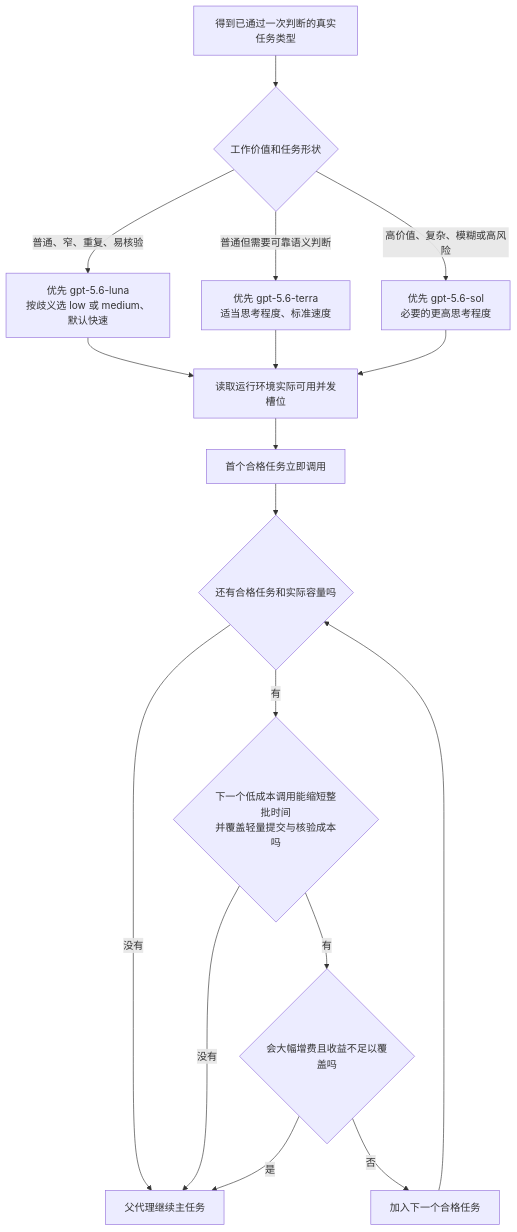
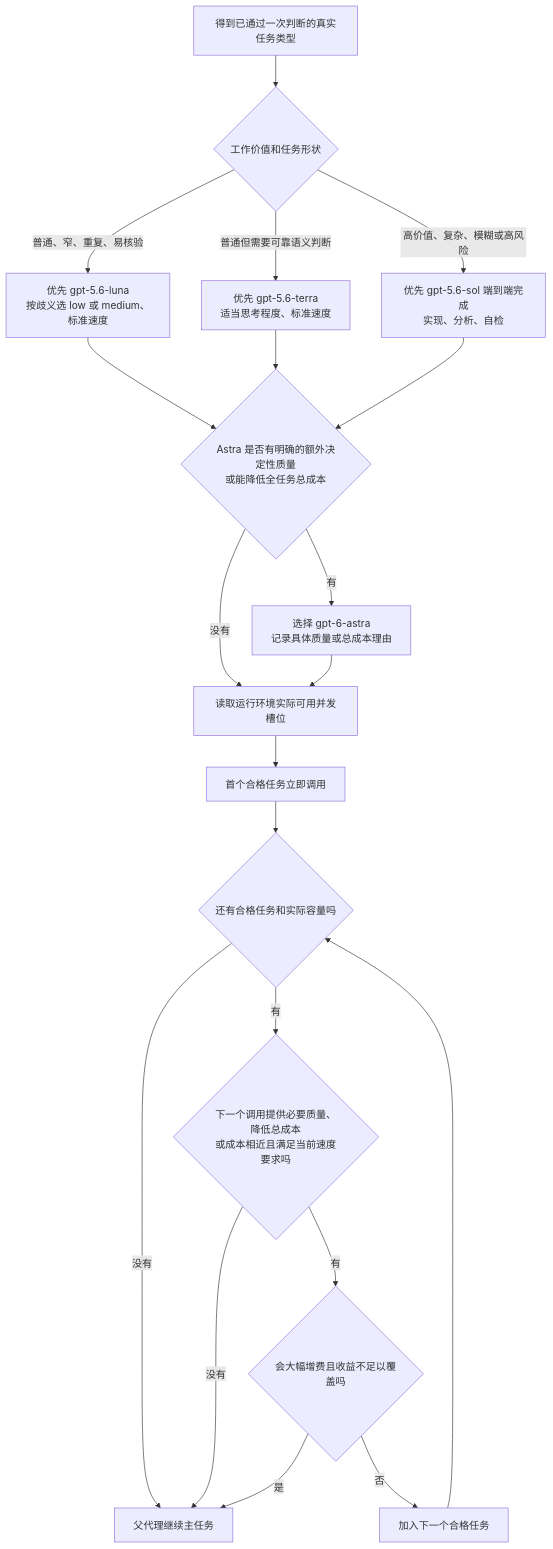
Before and after one commit to Lang45/codex-lean-stack: the third of 13 diagrams in skills/lean-stack/references/flowcharts-zh.md, drawn with Mermaid. The commit also changed other lines of this file and 14 other files, not shown here.

````diff
--- a/skills/lean-stack/references/flowcharts-zh.md
+++ b/skills/lean-stack/references/flowcharts-zh.md
@@ -267,19 +267,22 @@
 ```mermaid
 flowchart TD
     A[得到已通过一次判断的真实任务类型] --> A0{工作价值和任务形状}
-    A0 -->|普通、窄、重复、易核验| AL[优先 gpt-5.6-luna<br/>按歧义选 low 或 medium、默认快速]
+    A0 -->|普通、窄、重复、易核验| AL[优先 gpt-5.6-luna<br/>按歧义选 low 或 medium、标准速度]
     A0 -->|普通但需要可靠语义判断| AT[优先 gpt-5.6-terra<br/>适当思考程度、标准速度]
-    A0 -->|高价值、复杂、模糊或高风险| AS[优先 gpt-5.6-sol<br/>必要的更高思考程度]
-    AL --> B[读取运行环境实际可用并发槽位]
-    AT --> B
-    AS --> B
+    A0 -->|高价值、复杂、模糊或高风险| AS[优先 gpt-5.6-sol 端到端完成<br/>实现、分析、自检]
+    AL --> AH{Astra 是否有明确的额外决定性质量<br/>或能降低全任务总成本}
+    AT --> AH
+    AS --> AH
+    AH -->|没有| B[读取运行环境实际可用并发槽位]
+    AH -->|有| AA[选择 gpt-6-astra<br/>记录具体质量或总成本理由]
+    AA --> B
     B --> C[首个合格任务立即调用]
     C --> D{还有合格任务和实际容量吗}
     D -->|没有| E[父代理继续主任务]
-    D -->|有| F{下一个低成本调用能缩短整批时间<br/>并覆盖轻量提交与核验成本吗}
+    D -->|有| F{下一个调用提供必要质量、降低总成本<br/>或成本相近且满足当前速度要求吗}
     F -->|没有| E
     F -->|有| G{会大幅增费且收益不足以覆盖吗}
     G -->|是| E
     G -->|否| H[加入下一个合格任务]
     H --> D
 ```
````
